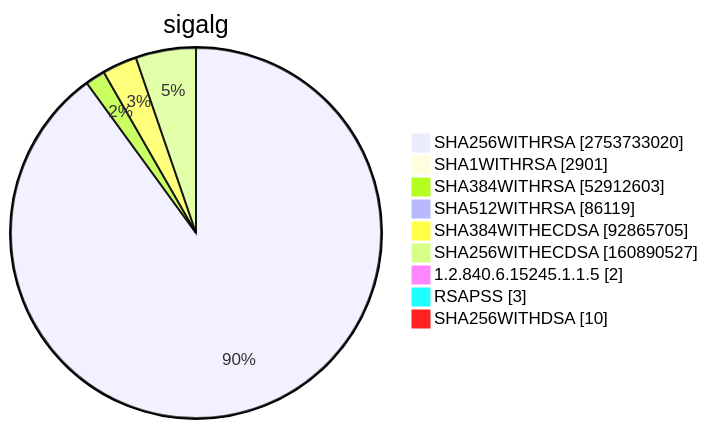
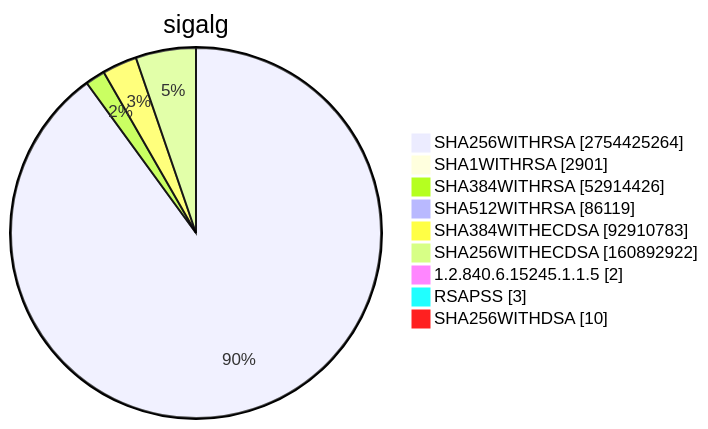
One commit to christiankrug/ctmonitor_visualization changed diagram 15 of 15 in TOTAL/README.md. Above: the diagram before and after it, drawn with Mermaid. The commit also changed other lines of this file, not shown here.

````diff
--- a/TOTAL/README.md
+++ b/TOTAL/README.md
@@ -6207,13 +6207,13 @@
 ```mermaid
 pie showData
 title sigalg
-"SHA256WITHRSA" :2753733020
+"SHA256WITHRSA" :2754425264
 "SHA1WITHRSA" :2901
-"SHA384WITHRSA" :52912603
+"SHA384WITHRSA" :52914426
 "SHA512WITHRSA" :86119
-"SHA384WITHECDSA" :92865705
-"SHA256WITHECDSA" :160890527
+"SHA384WITHECDSA" :92910783
+"SHA256WITHECDSA" :160892922
 "1.2.840.6.15245.1.1.5" :2
 "RSAPSS" :3
 "SHA256WITHDSA" :10
 ```
````
